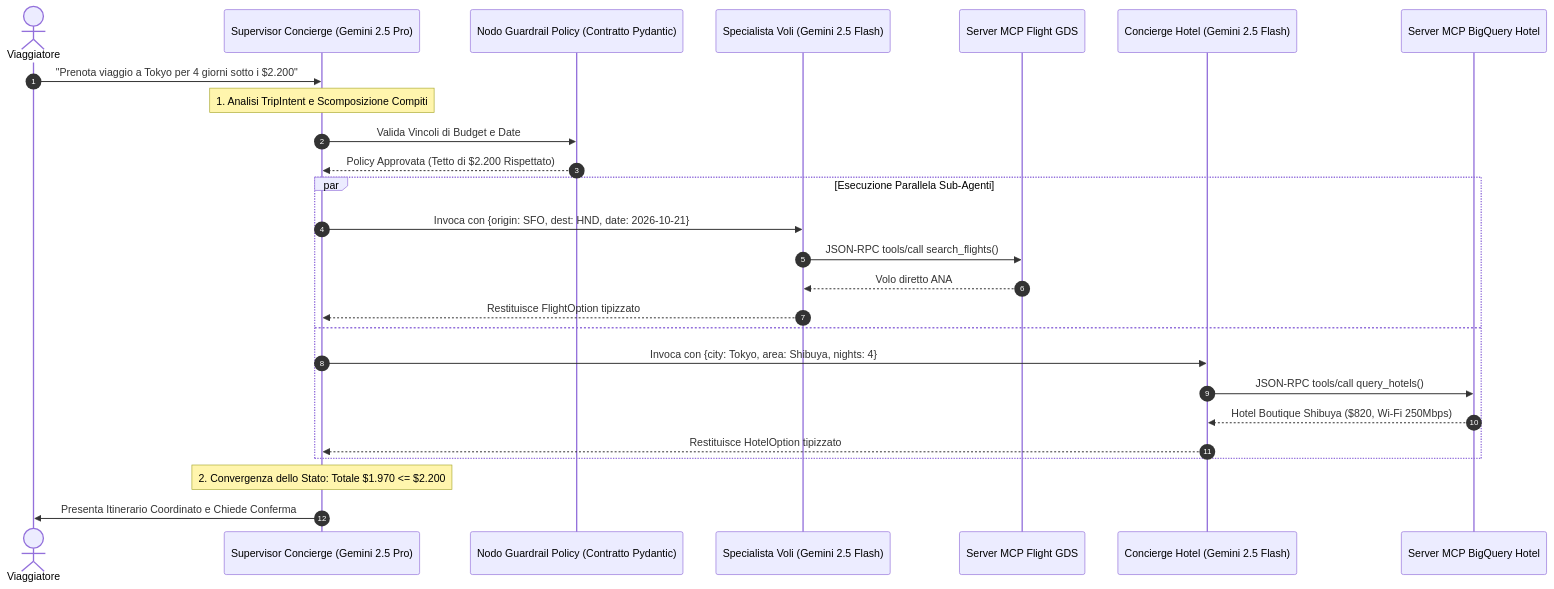
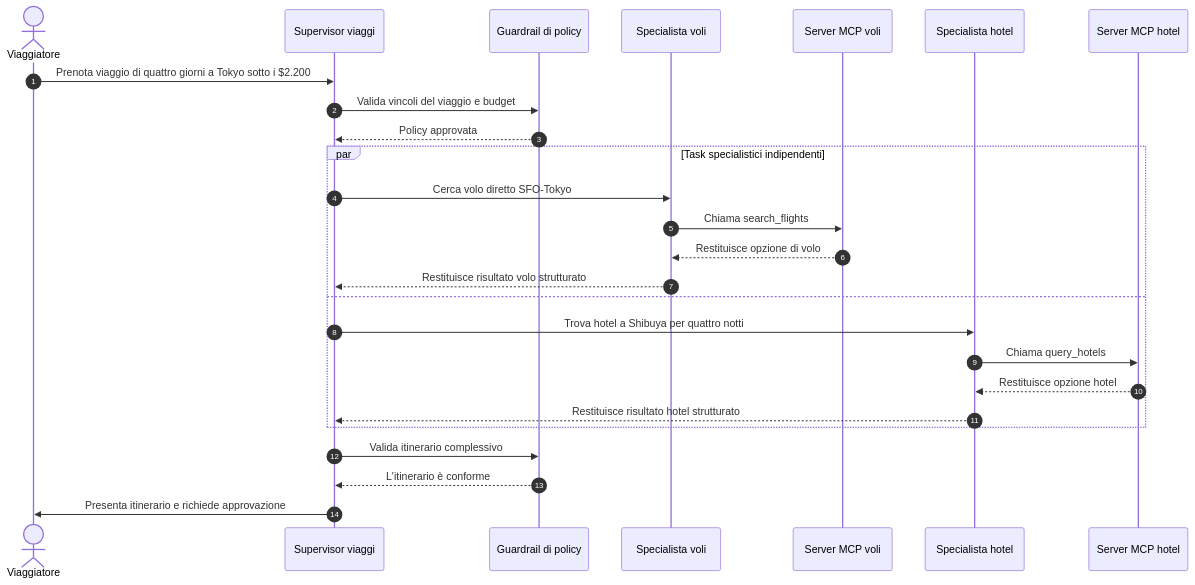
One commit to tharun15/gcloudcafe changed the third of 3 diagrams in content/italian/blog/gemini-enterprise-multi-agent-swarm-adk-mcp.md. Above: the diagram before and after it, drawn with Mermaid. The commit also changed other lines of this file and 1 other file, not shown here.

````diff
--- a/content/italian/blog/gemini-enterprise-multi-agent-swarm-adk-mcp.md
+++ b/content/italian/blog/gemini-enterprise-multi-agent-swarm-adk-mcp.md
@@ -231,31 +201,31 @@
 ```mermaid
 sequenceDiagram
     autonumber
     actor User as Viaggiatore
-    participant Sup as Supervisor Concierge (Gemini 2.5 Pro)
-    participant Pol as Nodo Guardrail Policy (Contratto Pydantic)
-    participant Flt as Specialista Voli (Gemini 2.5 Flash)
-    participant MCP_Flt as Server MCP Flight GDS
-    participant Htl as Concierge Hotel (Gemini 2.5 Flash)
-    participant MCP_BQ as Server MCP BigQuery Hotel
-
-    User->>Sup: "Prenota viaggio a Tokyo per 4 giorni sotto i $2.200"
-    Note over Sup: 1. Analisi TripIntent e Scomposizione Compiti
-    Sup->>Pol: Valida Vincoli di Budget e Date
-    Pol-->>Sup: Policy Approvata (Tetto di $2.200 Rispettato)
+    participant Sup as Supervisor viaggi
+    participant Pol as Guardrail di policy
+    participant Flt as Specialista voli
+    participant MCP_Flt as Server MCP voli
+    participant Htl as Specialista hotel
+    participant MCP_BQ as Server MCP hotel
     
-    par Esecuzione Parallela Sub-Agenti
-        Sup->>Flt: Invoca con {origin: SFO, dest: HND, date: 2026-10-21}
-        Flt->>MCP_Flt: JSON-RPC tools/call search_flights()
-        MCP_Flt-->>Flt: Volo diretto ANA #007 ($1.150)
-        Flt-->>Sup: Restituisce FlightOption tipizzato
+    User->>Sup: Prenota viaggio di quattro giorni a Tokyo sotto i $2.200
+    Sup->>Pol: Valida vincoli del viaggio e budget
+    Pol-->>Sup: Policy approvata
+    
+    par Task specialistici indipendenti
+        Sup->>Flt: Cerca volo diretto SFO-Tokyo
+        Flt->>MCP_Flt: Chiama search_flights
+        MCP_Flt-->>Flt: Restituisce opzione di volo
+        Flt-->>Sup: Restituisce risultato volo strutturato
     and
-        Sup->>Htl: Invoca con {city: Tokyo, area: Shibuya, nights: 4}
-        Htl->>MCP_BQ: JSON-RPC tools/call query_hotels()
-        MCP_BQ-->>Htl: Hotel Boutique Shibuya ($820, Wi-Fi 250Mbps)
-        Htl-->>Sup: Restituisce HotelOption tipizzato
+        Sup->>Htl: Trova hotel a Shibuya per quattro notti
+        Htl->>MCP_BQ: Chiama query_hotels
+        MCP_BQ-->>Htl: Restituisce opzione hotel
+        Htl-->>Sup: Restituisce risultato hotel strutturato
     end
-
-    Note over Sup: 2. Convergenza dello Stato: Totale $1.970 <= $2.200
-    Sup->>User: Presenta Itinerario Coordinato e Chiede Conferma
+    
+    Sup->>Pol: Valida itinerario complessivo
+    Pol-->>Sup: L'itinerario è conforme
+    Sup->>User: Presenta itinerario e richiede approvazione
 ```
````
